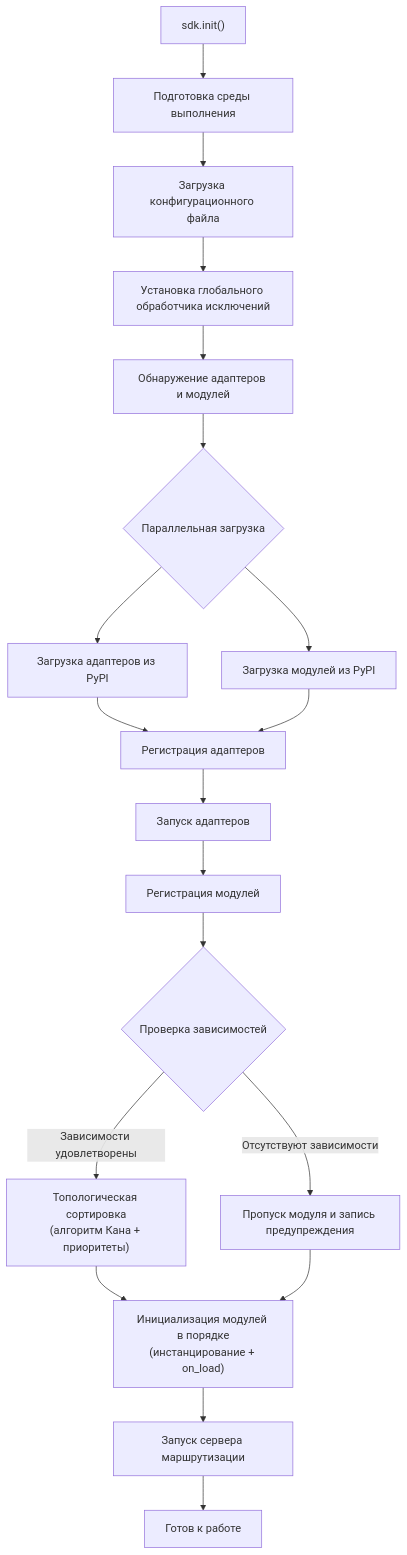
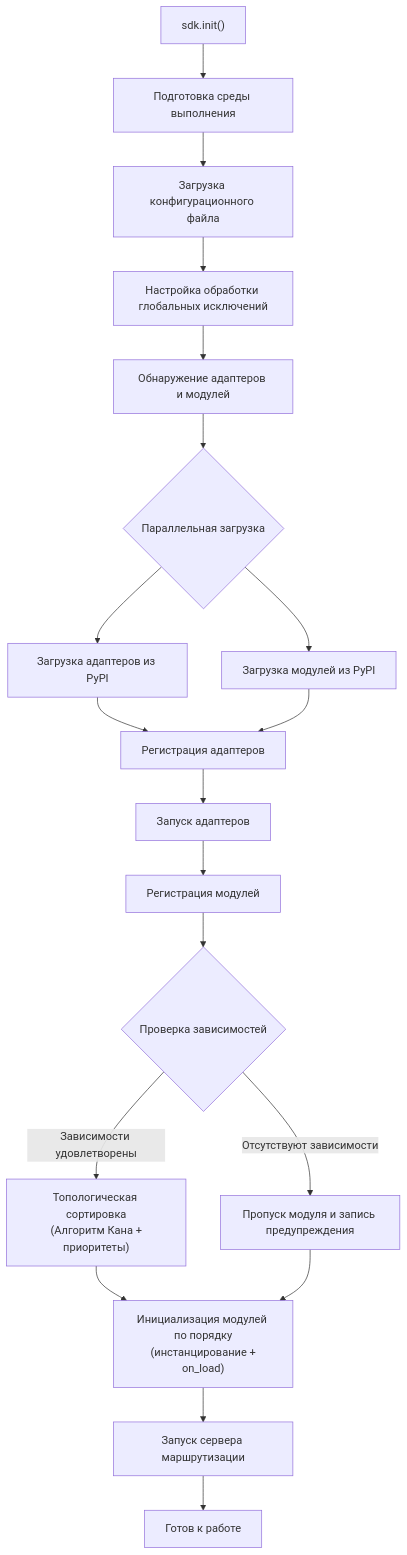
Before and after one commit to ErisPulse/ErisPulse: the second of 9 diagrams in docs/ru/architecture.md, drawn with Mermaid. The commit also changed other lines of this file and 79 other files, not shown here.

````diff
--- a/docs/ru/architecture.md
+++ b/docs/ru/architecture.md
@@ -58,20 +58,20 @@
 ```mermaid
 flowchart TD
     A["sdk.init()"] --> B["Подготовка среды выполнения"]
     B --> B1["Загрузка конфигурационного файла"]
-    B1 --> B2["Установка глобального обработчика исключений"]
+    B1 --> B2["Настройка обработки глобальных исключений"]
     B2 --> C["Обнаружение адаптеров и модулей"]
     C --> D{"Параллельная загрузка"}
     D --> D1["Загрузка адаптеров из PyPI"]
     D --> D2["Загрузка модулей из PyPI"]
     D1 & D2 --> E["Регистрация адаптеров"]
     E --> E1["Запуск адаптеров"]
     E1 --> F["Регистрация модулей"]
     F --> F1{"Проверка зависимостей"}
     F1 -->|"Отсутствуют зависимости"| F2["Пропуск модуля и запись предупреждения"]
-    F1 -->|"Зависимости удовлетворены"| F3["Топологическая сортировка<br/>(алгоритм Кана + приоритеты)"]
-    F3 --> G["Инициализация модулей в порядке<br/>(инстанцирование + on_load)"]
+    F1 -->|"Зависимости удовлетворены"| F3["Топологическая сортировка<br/> (Алгоритм Кана + приоритеты)"]
+    F3 --> G["Инициализация модулей по порядку<br/> (инстанцирование + on_load)"]
     F2 --> G
     G --> H["Запуск сервера маршрутизации"]
     H --> K["Готов к работе"]
 ```
````
